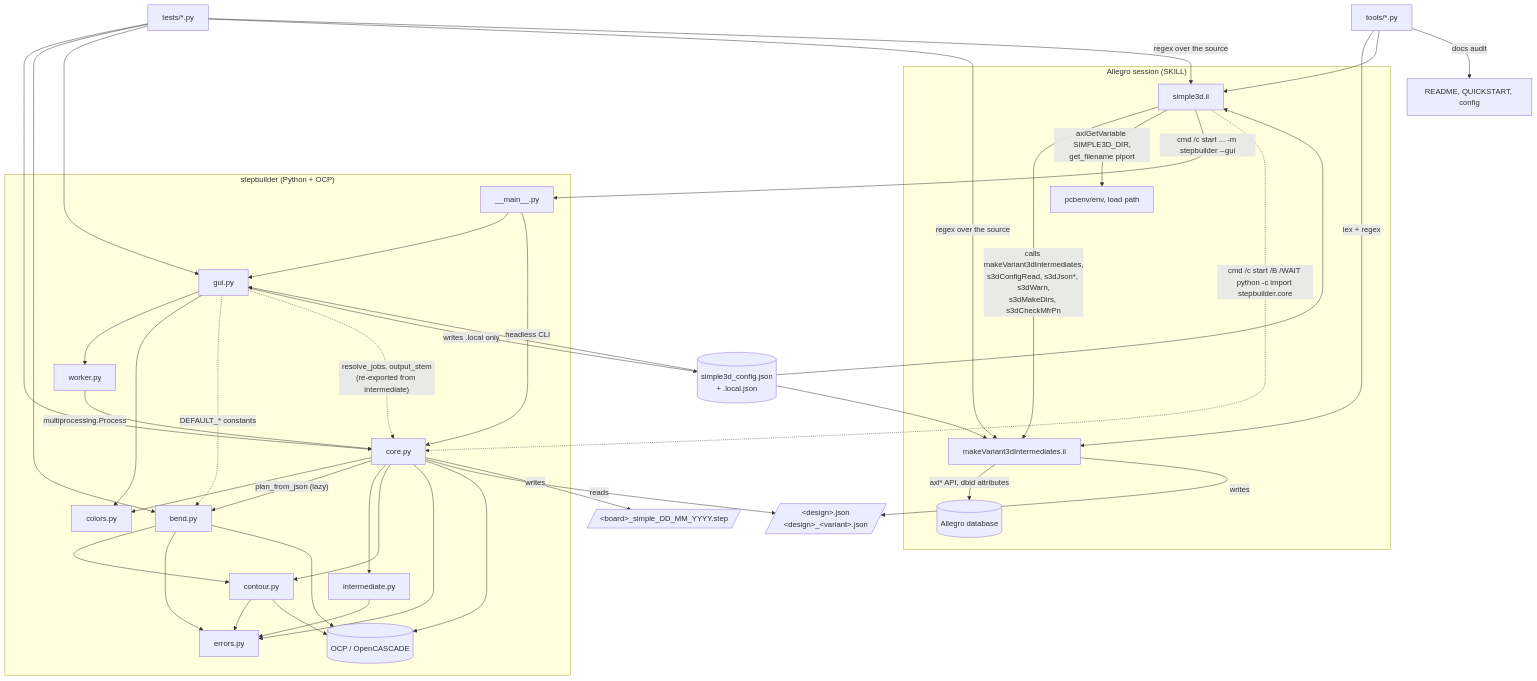
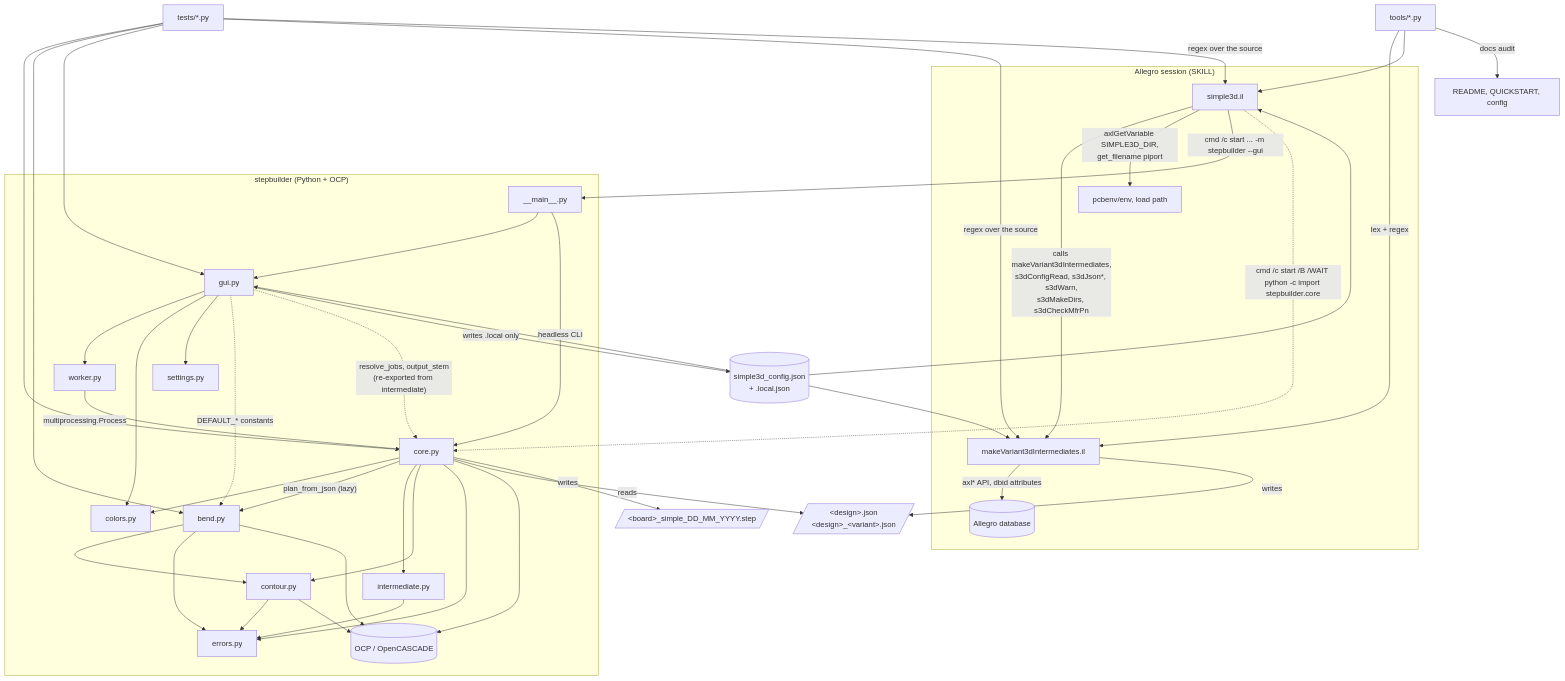
The first of 2 diagrams in ARCHITECTURE.md (karlsonrwa/Simple3D), drawn with Mermaid before and after one commit. The commit also changed other lines of this file and 5 other files, not shown here.

````diff
--- a/ARCHITECTURE.md
+++ b/ARCHITECTURE.md
@@ -81,50 +83,51 @@
 ```mermaid
 graph TD
     subgraph Allegro["Allegro session (SKILL)"]
         S3D[simple3d.il] -->|"calls makeVariant3dIntermediates,<br/>s3dConfigRead, s3dJson*, s3dWarn,<br/>s3dMakeDirs, s3dCheckMfrPn"| MVI[makeVariant3dIntermediates.il]
         MVI -->|"axl* API, dbid attributes"| DB[(Allegro database)]
         S3D -->|"axlGetVariable SIMPLE3D_DIR,<br/>get_filename piport"| ENV[pcbenv/env, load path]
     end
 
     MVI -->|writes| JSON[/"&lt;design&gt;.json<br/>&lt;design&gt;_&lt;variant&gt;.json"/]
     S3D -->|"cmd /c start ... -m stepbuilder --gui"| MAIN[__main__.py]
     S3D -.->|"cmd /c start /B /WAIT python -c import stepbuilder.core"| CORE
 
     subgraph Python["stepbuilder (Python + OCP)"]
         MAIN --> GUI[gui.py]
         MAIN -->|headless CLI| CORE[core.py]
         GUI --> WORKER[worker.py]
         GUI --> COLORS[colors.py]
+        GUI --> SETTINGS[settings.py]
         GUI -.->|"DEFAULT_* constants"| BEND[bend.py]
         GUI -.->|"resolve_jobs, output_stem<br/>(re-exported from intermediate)"| CORE
         WORKER -->|"multiprocessing.Process"| CORE
         CORE --> COLORS
         CORE -->|"plan_from_json (lazy)"| BEND
         CORE --> INTER[intermediate.py]
         INTER --> ERRORS
         CORE --> CONTOUR[contour.py]
         BEND --> CONTOUR
         CONTOUR --> ERRORS[errors.py]
         CORE --> ERRORS
         BEND --> ERRORS
         CONTOUR --> OCP
         CORE --> OCP[(OCP / OpenCASCADE)]
         BEND --> OCP
     end
 
     CORE -->|reads| JSON
     CORE -->|writes| STEP[/"&lt;board&gt;_simple_DD_MM_YYYY.step"/]
     CFG[(simple3d_config.json<br/>+ .local.json)] --> S3D
     CFG --> MVI
     CFG --> GUI
     GUI -->|writes .local only| CFG
 
     TESTS[tests/*.py] --> CORE
     TESTS --> BEND
     TESTS --> GUI
     TESTS -->|"regex over the source"| MVI
     TESTS -->|"regex over the source"| S3D
     TOOLS[tools/*.py] -->|"lex + regex"| MVI
     TOOLS --> S3D
     TOOLS -->|"docs audit"| DOCS[README, QUICKSTART, config]
 ```
````
